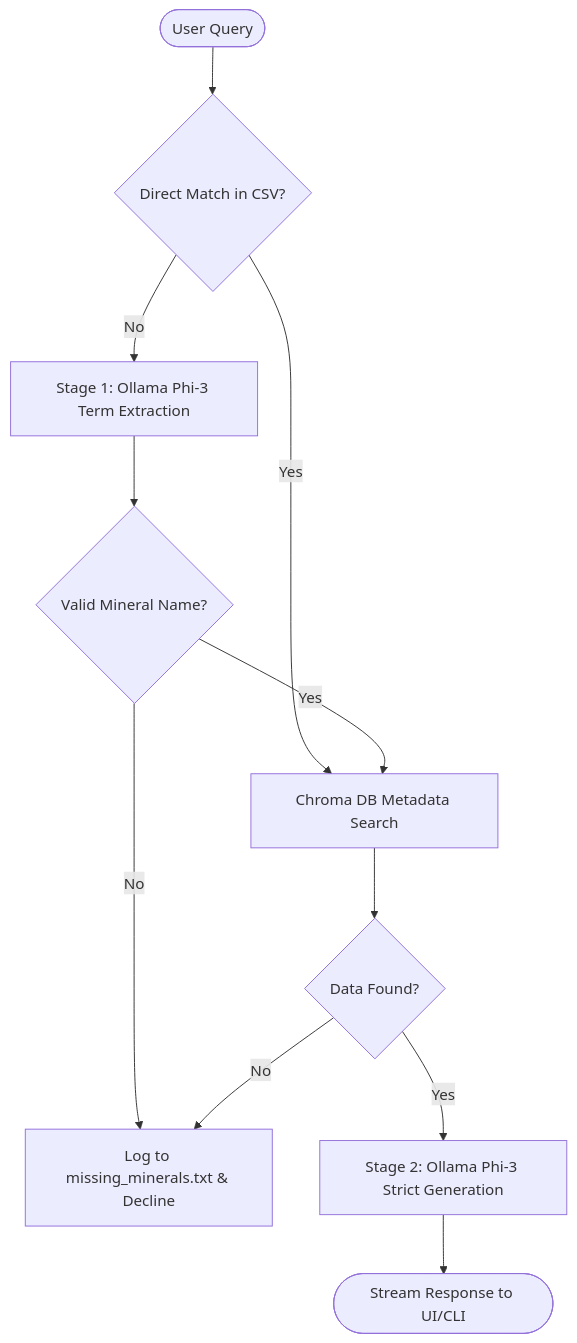
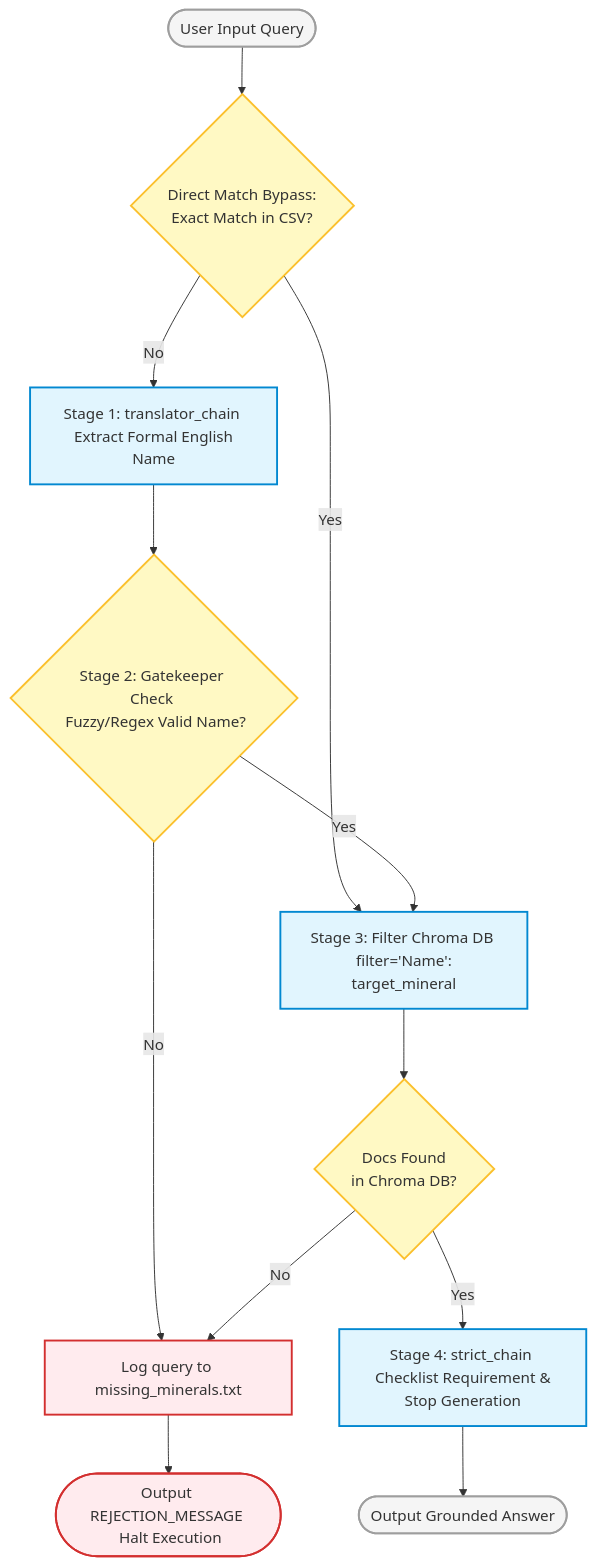
The diagram in README.md (laura-chou/mineral-rag), drawn with Mermaid before and after one commit.

````diff
--- a/README.md
+++ b/README.md
@@ -44,13 +44,37 @@
 ```mermaid
 graph TD
-    A([User Query]) --> B{Direct Match in CSV?}
-    B -- Yes --> E[Chroma DB Metadata Search]
-    B -- No --> C[Stage 1: Ollama Phi-3 Term Extraction]
-    C --> D{Valid Mineral Name?}
-    D -- No --> F[Log to missing_minerals.txt & Decline]
-    D -- Yes --> E
-    E --> G{Data Found?}
-    G -- No --> F
-    G -- Yes --> H[Stage 2: Ollama Phi-3 Strict Generation]
-    H --> I([Stream Response to UI/CLI])
+    Start([User Input Query]) --> DirectMatch{Direct Match Bypass: <br/> Exact Match in CSV?}
+
+    %% Direct Match Path
+    DirectMatch -- Yes --> Stage3[Stage 3: Filter Chroma DB <br/> filter='Name': target_mineral]
+
+    %% Stage 1 & 2 Path
+    DirectMatch -- No --> Stage1[Stage 1: translator_chain <br/> Extract Formal English Name]
+    Stage1 --> Stage2{Stage 2: Gatekeeper Check <br/> Fuzzy/Regex Valid Name?}
+
+    %% Failure Path
+    Stage2 -- No --> LogMissing[Log query to missing_minerals.txt]
+    LogMissing --> Reject([Output REJECTION_MESSAGE <br/> Halt Execution])
+
+    %% Success Path
+    Stage2 -- Yes --> Stage3
+
+    %% Stage 3 Check
+    Stage3 --> DocsFound{Docs Found <br/> in Chroma DB?}
+    DocsFound -- No --> LogMissing
+    DocsFound -- Yes --> Stage4[Stage 4: strict_chain <br/> Checklist Requirement & Stop Generation]
+
+    %% Final Output
+    Stage4 --> Final([Output Grounded Answer])
+
+    %% Styling
+    classDef process fill:#e1f5fe,stroke:#0288d1,stroke-width:2px;
+    classDef check fill:#fff9c4,stroke:#fbc02d,stroke-width:2px;
+    classDef error fill:#ffebee,stroke:#d32f2f,stroke-width:2px;
+    classDef endpoint fill:#f5f5f5,stroke:#9e9e9e,stroke-width:2px;
+
+    class Stage1,Stage3,Stage4 process;
+    class DirectMatch,Stage2,DocsFound check;
+    class LogMissing,Reject error;
+    class Start,Final endpoint;
 ```
````
